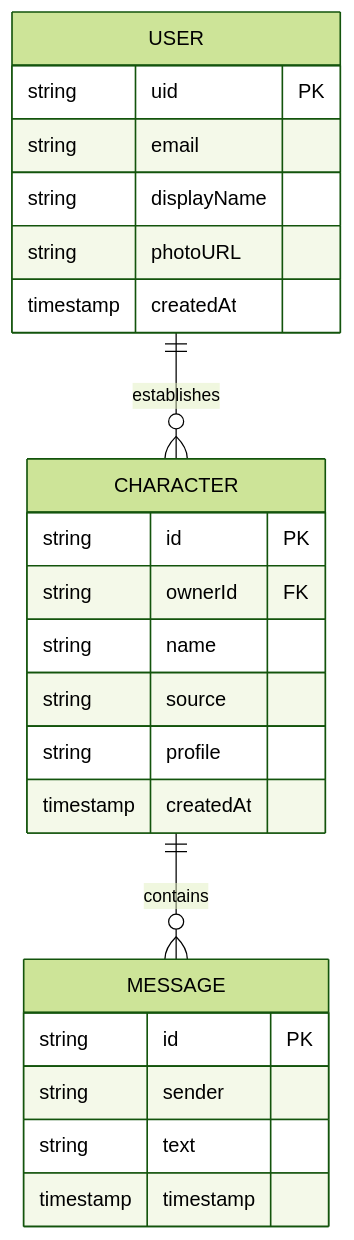
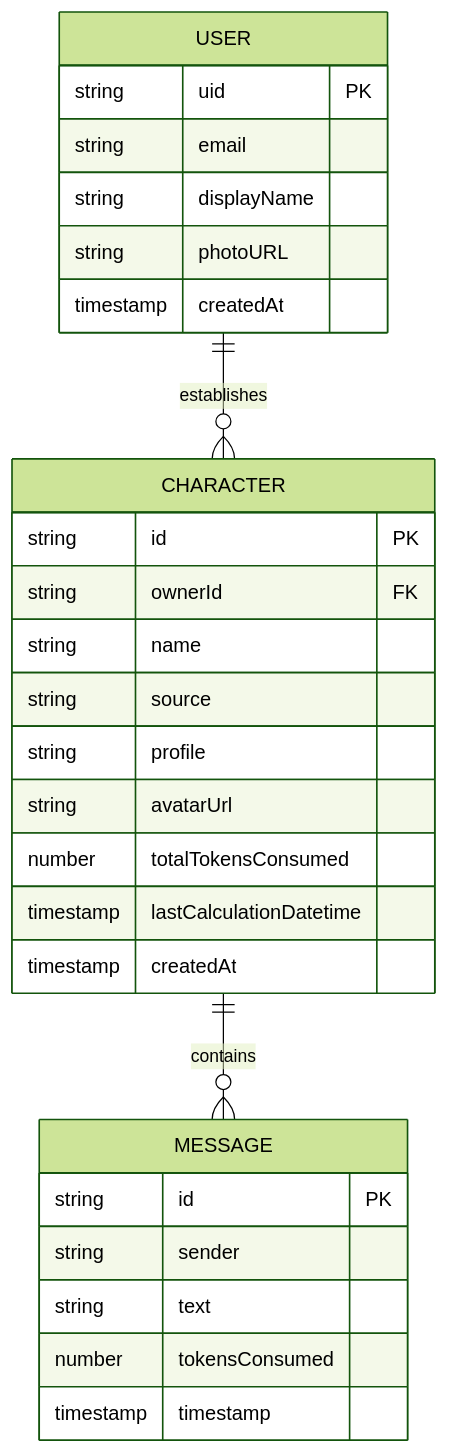
The diagram in docs/ERD.md (jkalombro/isekaichat-ai), drawn with Mermaid (forest theme) before and after one commit. The commit also changed other lines of this file and 7 other files, not shown here.

````diff
--- a/docs/ERD.md
+++ b/docs/ERD.md
@@ -45,29 +49,33 @@
 ```mermaid
 erDiagram
     USER ||--o{ CHARACTER : "establishes"
     CHARACTER ||--o{ MESSAGE : "contains"
 
     USER {
         string uid PK
         string email
         string displayName
         string photoURL
         timestamp createdAt
     }
 
     CHARACTER {
         string id PK
         string ownerId FK
         string name
         string source
         string profile
+        string avatarUrl
+        number totalTokensConsumed
+        timestamp lastCalculationDatetime
         timestamp createdAt
     }
 
     MESSAGE {
         string id PK
         string sender
         string text
+        number tokensConsumed
         timestamp timestamp
     }
 ```
````
